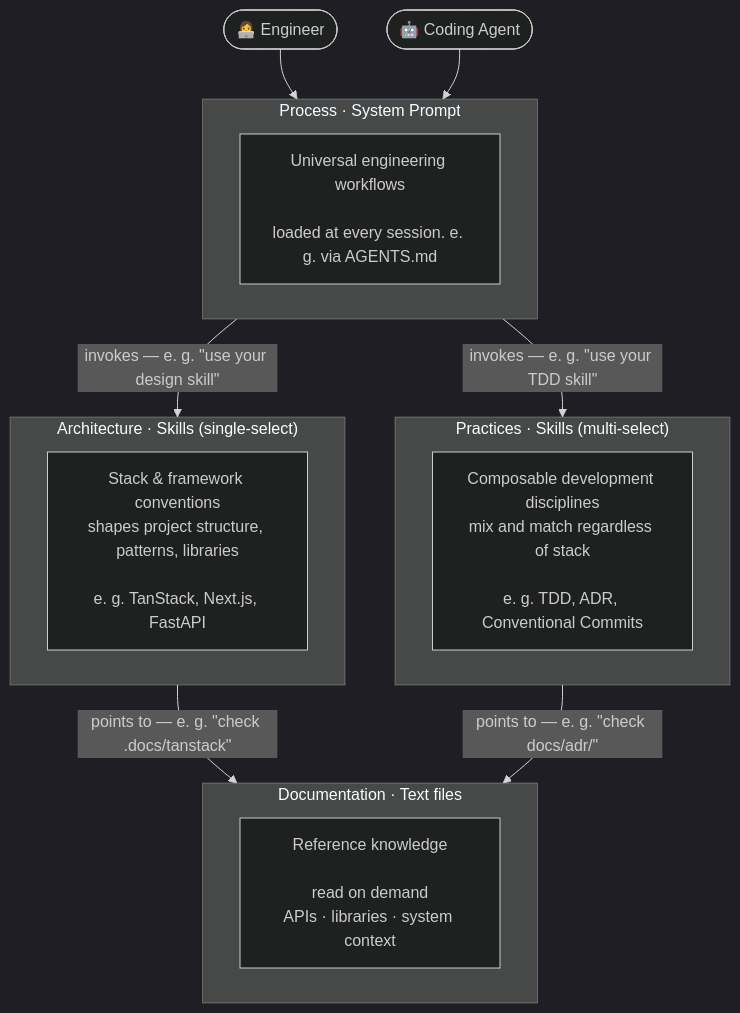
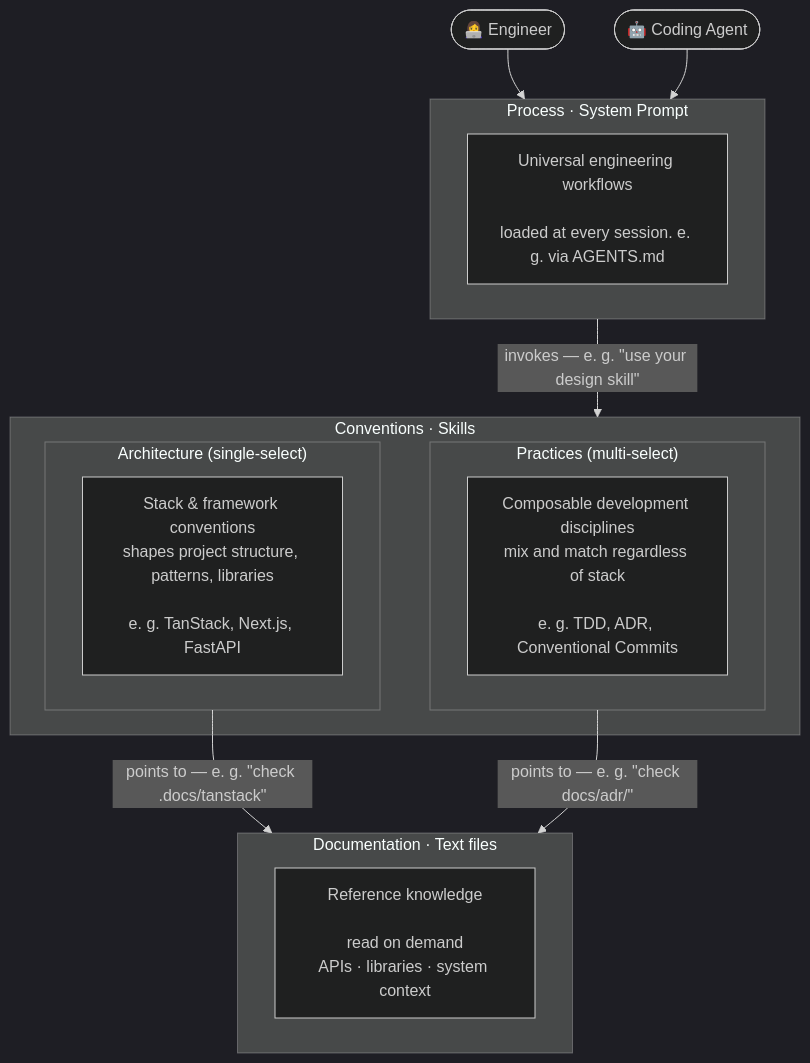
The diagram in README.md (codemcp/ade), drawn with Mermaid (dark theme) before and after one commit. The commit also changed other lines of this file, not shown here.

First line of the commit message:
docs: keep conventions as the conceptual layer with architecture/practices subtypes

````diff
--- a/README.md
+++ b/README.md
@@ -53,29 +53,29 @@
 ```mermaid
 flowchart TD
     Engineer(["👩‍💻 Engineer"])
     Agent(["🤖 Coding Agent"])
 
     Engineer --> Process
     Agent --> Process
 
     subgraph Process ["Process · System Prompt"]
         P["Universal engineering workflows<br><br>loaded at every session. e. g. via AGENTS.md"]
     end
 
-    subgraph Architecture ["Architecture · Skills (single-select)"]
-        A["Stack & framework conventions<br>shapes project structure, patterns, libraries<br><br>e. g. TanStack, Next.js, FastAPI"]
-    end
-
-    subgraph Practices ["Practices · Skills (multi-select)"]
-        PR["Composable development disciplines<br>mix and match regardless of stack<br><br>e. g. TDD, ADR, Conventional Commits"]
+    subgraph Conventions ["Conventions · Skills"]
+        subgraph Architecture ["Architecture (single-select)"]
+            A["Stack & framework conventions<br>shapes project structure, patterns, libraries<br><br>e. g. TanStack, Next.js, FastAPI"]
+        end
+        subgraph Practices ["Practices (multi-select)"]
+            PR["Composable development disciplines<br>mix and match regardless of stack<br><br>e. g. TDD, ADR, Conventional Commits"]
+        end
     end
 
     subgraph Documentation ["Documentation · Text files"]
         D["Reference knowledge<br><br>read on demand<br>APIs · libraries · system context"]
     end
 
-    Process -->|"invokes — e. g. &quot;use your design skill&quot;"| Architecture
-    Process -->|"invokes — e. g. &quot;use your TDD skill&quot;"| Practices
+    Process -->|"invokes — e. g. &quot;use your design skill&quot;"| Conventions
     Architecture -->|"points to — e. g. &quot;check .docs/tanstack&quot;"| Documentation
     Practices -->|"points to — e. g. &quot;check docs/adr/&quot;"| Documentation
 ```
````
